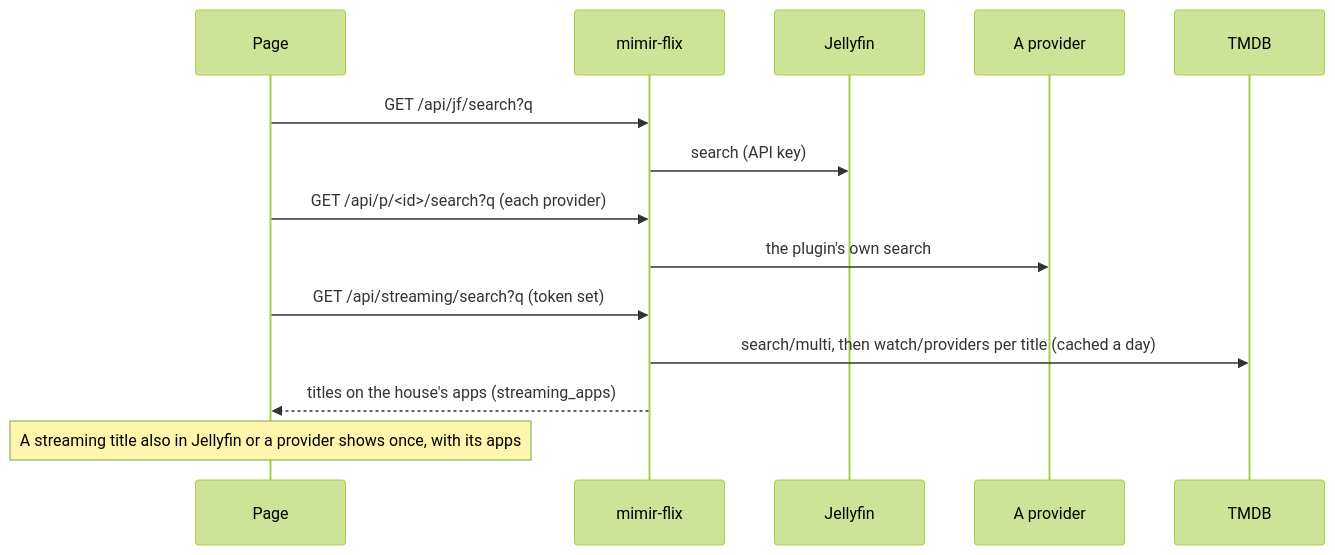
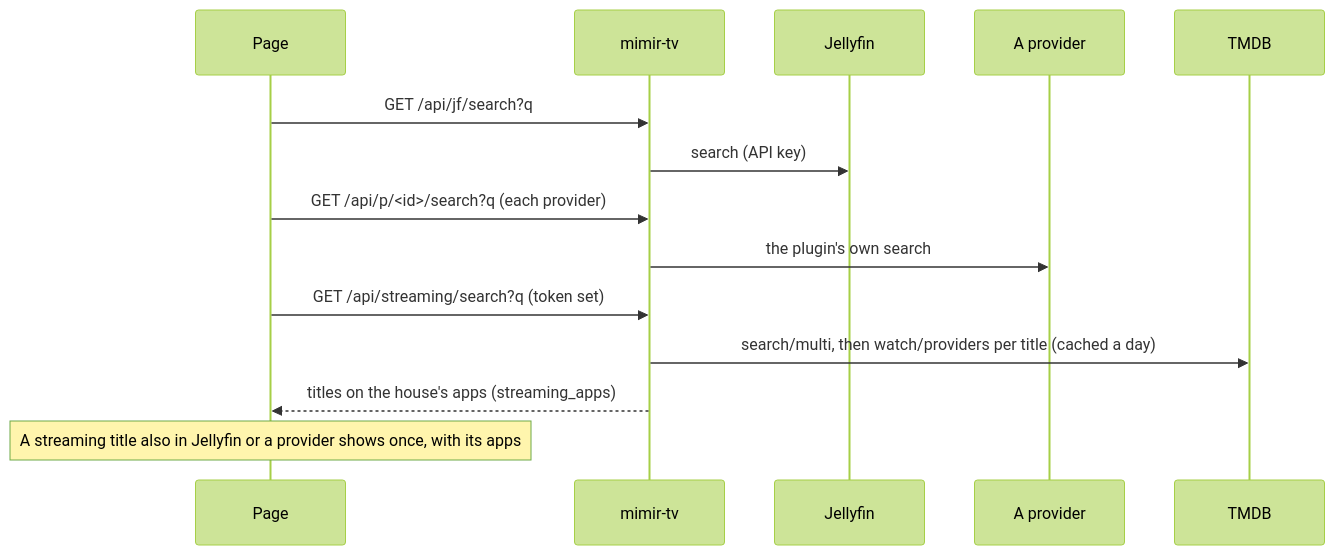
One commit to shrshk/mimir-flix changed the second of 4 diagrams in docs/architecture.md. Above: the diagram before and after it, drawn with Mermaid (forest theme). The commit also changed other lines of this file and 116 other files, not shown here.

````diff
--- a/docs/architecture.md
+++ b/docs/architecture.md
@@ -64,16 +64,16 @@
 ```mermaid
 sequenceDiagram
   participant P as Page
-  participant A as mimir-flix
+  participant A as mimir-tv
   participant J as Jellyfin
   participant S as A provider
   participant T as TMDB
   P->>A: GET /api/jf/search?q
   A->>J: search (API key)
   P->>A: GET /api/p/<id>/search?q (each provider)
   A->>S: the plugin's own search
   P->>A: GET /api/streaming/search?q (token set)
   A->>T: search/multi, then watch/providers per title (cached a day)
   A-->>P: titles on the house's apps (streaming_apps)
   Note over P: A streaming title also in Jellyfin or a provider shows once, with its apps
 ```
````
